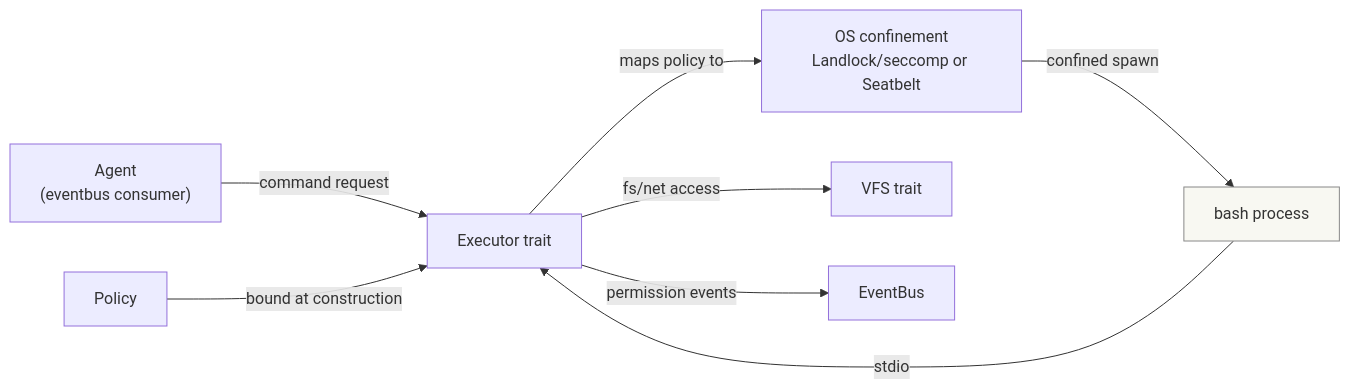
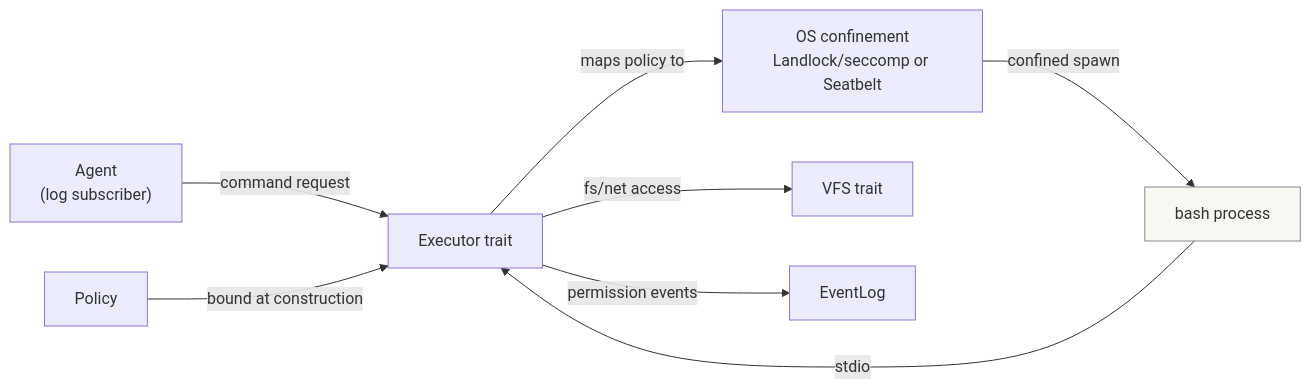
One commit to mokmok-dev/agent changed the first of 2 diagrams in docs/sandbox.md. Above: the diagram before and after it, drawn with Mermaid. The commit also changed other lines of this file and 3 other files, not shown here.

First line of the commit message:
docs: align the event-log model across architecture, sandbox, and research

````diff
--- a/docs/sandbox.md
+++ b/docs/sandbox.md
@@ -120,12 +120,12 @@
 ```mermaid
 flowchart LR
-    A["Agent<br/>(eventbus consumer)"] -- "command request" --> E["Executor trait"]
+    A["Agent<br/>(log subscriber)"] -- "command request" --> E["Executor trait"]
     P["Policy"] -- "bound at construction" --> E
     E -- "maps policy to" --> K["OS confinement<br/>Landlock/seccomp or Seatbelt"]
     K -- "confined spawn" --> B["bash process"]
     B -- "stdio" --> E
     E -- "fs/net access" --> V["VFS trait"]
-    E -- "permission events" --> B2["EventBus"]
+    E -- "permission events" --> B2["EventLog"]
 
     style B fill:#f8f8f2,stroke:#888
 ```
````
